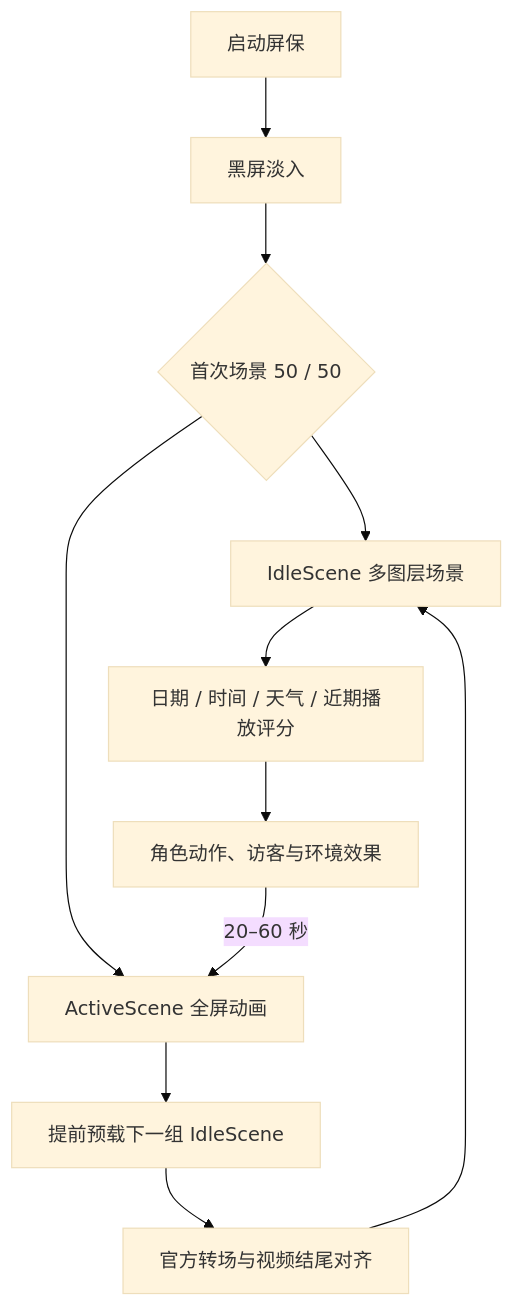
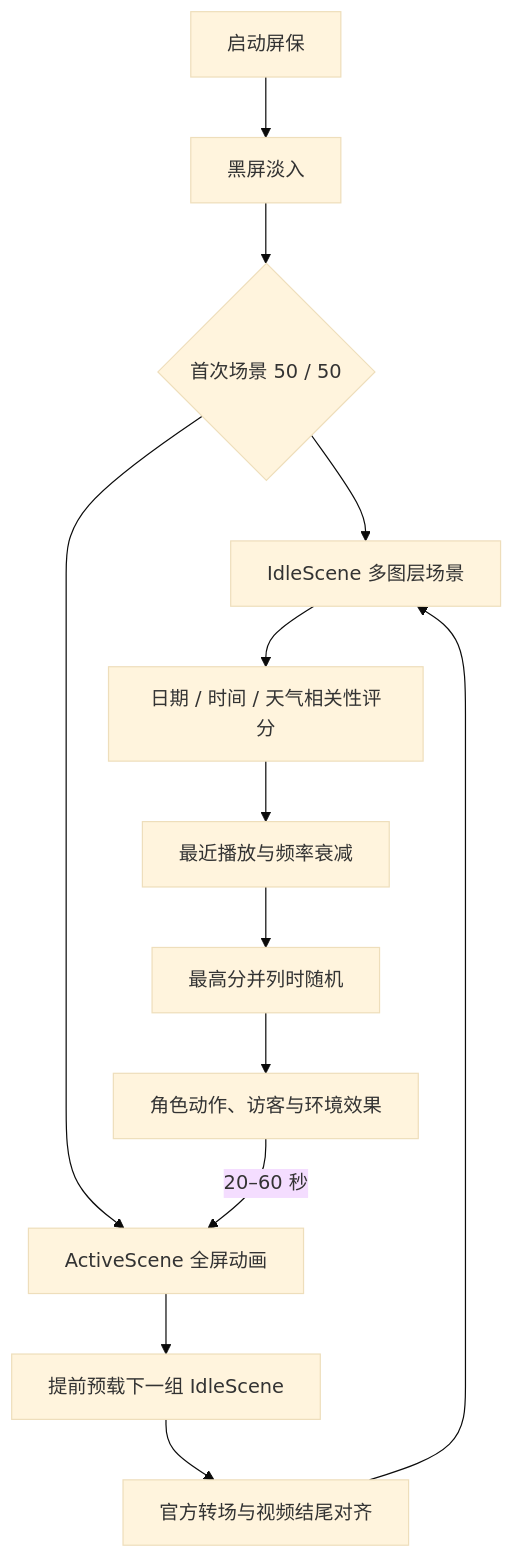
The diagram in README.md (Cyber-Yichen/Snoopy-Saver), drawn with Mermaid (base theme) before and after one commit. The commit also changed other lines of this file and 32 other files, not shown here.

````diff
--- a/README.md
+++ b/README.md
@@ -71,13 +73,15 @@
 ```mermaid
 flowchart TD
     A[启动屏保] --> B[黑屏淡入]
     B --> C{首次场景 50 / 50}
     C --> D[IdleScene 多图层场景]
     C --> E[ActiveScene 全屏动画]
-    D --> F[日期 / 时间 / 天气 / 近期播放评分]
-    F --> G[角色动作、访客与环境效果]
+    D --> F[日期 / 时间 / 天气相关性评分]
+    F --> J[最近播放与频率衰减]
+    J --> K[最高分并列时随机]
+    K --> G[角色动作、访客与环境效果]
     G -->|20–60 秒| E
     E --> H[提前预载下一组 IdleScene]
     H --> I[官方转场与视频结尾对齐]
     I --> D
 ```
````
